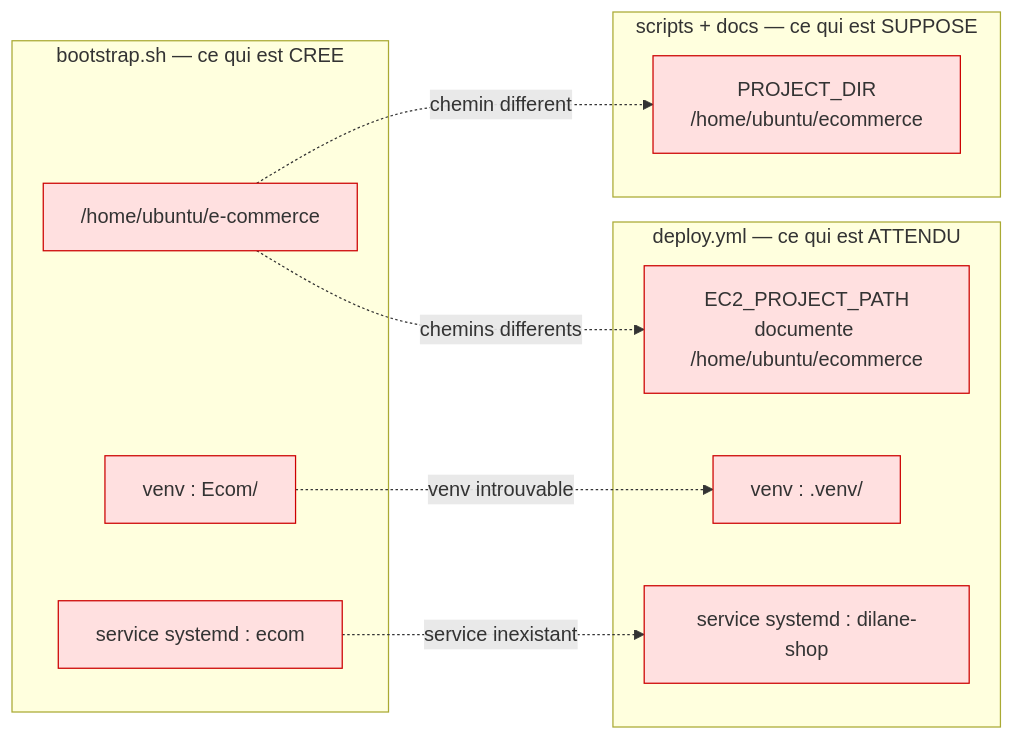
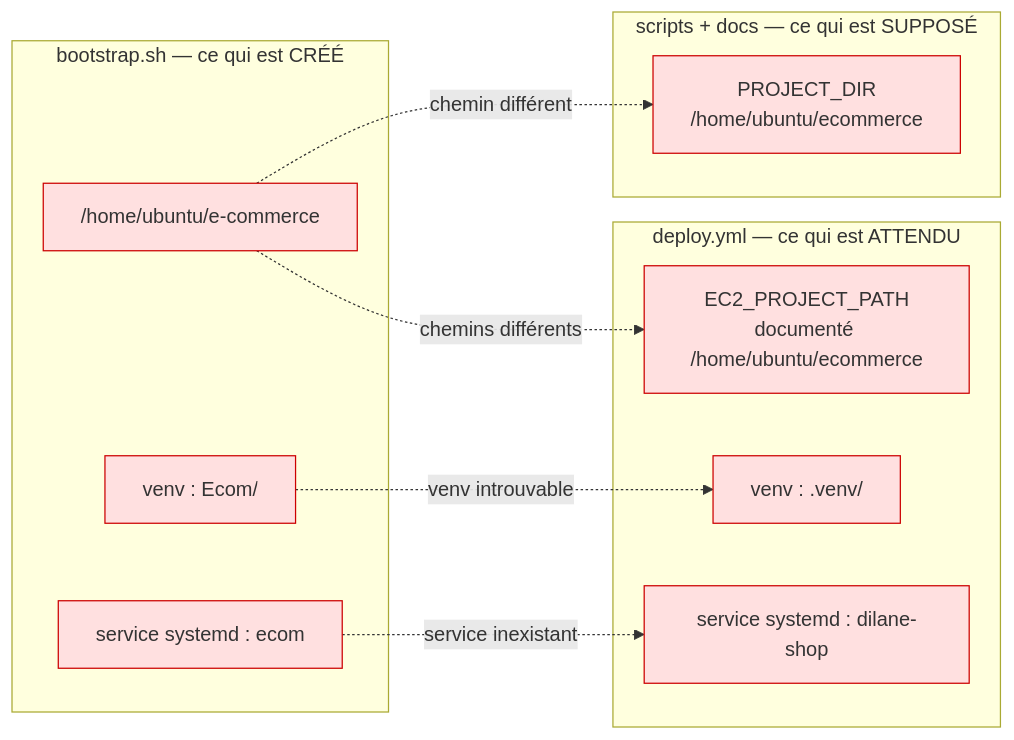
Before and after one commit to wankamdypuedilane/e-commerce: the diagram in docs/AUDIT.md, drawn with Mermaid. The commit also changed 1 other file, not shown here.

Commit message:
docs: fix French accents in historical diagrams
Nine corrections, all inside the two Mermaid diagrams describing the
AWS architecture. Technical identifiers left untouched, including
donnees-postgres-0 which is the actual PVC name.

No constat, figure or structure changed.

````diff
--- a/docs/AUDIT.md
+++ b/docs/AUDIT.md
@@ -276,29 +276,29 @@
 ```mermaid
 graph LR
-    subgraph BS["bootstrap.sh — ce qui est CREE"]
+    subgraph BS["bootstrap.sh — ce qui est CRÉÉ"]
         B1["/home/ubuntu/e-commerce"]
         B2["venv : Ecom/"]
         B3["service systemd : ecom"]
     end
     subgraph DP["deploy.yml — ce qui est ATTENDU"]
-        D1["EC2_PROJECT_PATH<br/>documente /home/ubuntu/ecommerce"]
+        D1["EC2_PROJECT_PATH<br/>documenté /home/ubuntu/ecommerce"]
         D2["venv : .venv/"]
         D3["service systemd : dilane-shop"]
     end
-    subgraph SC["scripts + docs — ce qui est SUPPOSE"]
+    subgraph SC["scripts + docs — ce qui est SUPPOSÉ"]
         S1["PROJECT_DIR<br/>/home/ubuntu/ecommerce"]
     end
 
-    B1 -. "chemins differents" .-> D1
+    B1 -. "chemins différents" .-> D1
     B2 -. "venv introuvable" .-> D2
     B3 -. "service inexistant" .-> D3
-    B1 -. "chemin different" .-> S1
+    B1 -. "chemin différent" .-> S1
 
     style B1 fill:#ffe0e0,stroke:#c00
     style B2 fill:#ffe0e0,stroke:#c00
     style B3 fill:#ffe0e0,stroke:#c00
     style D1 fill:#ffe0e0,stroke:#c00
     style D2 fill:#ffe0e0,stroke:#c00
     style D3 fill:#ffe0e0,stroke:#c00
     style S1 fill:#ffe0e0,stroke:#c00
 ```
````
